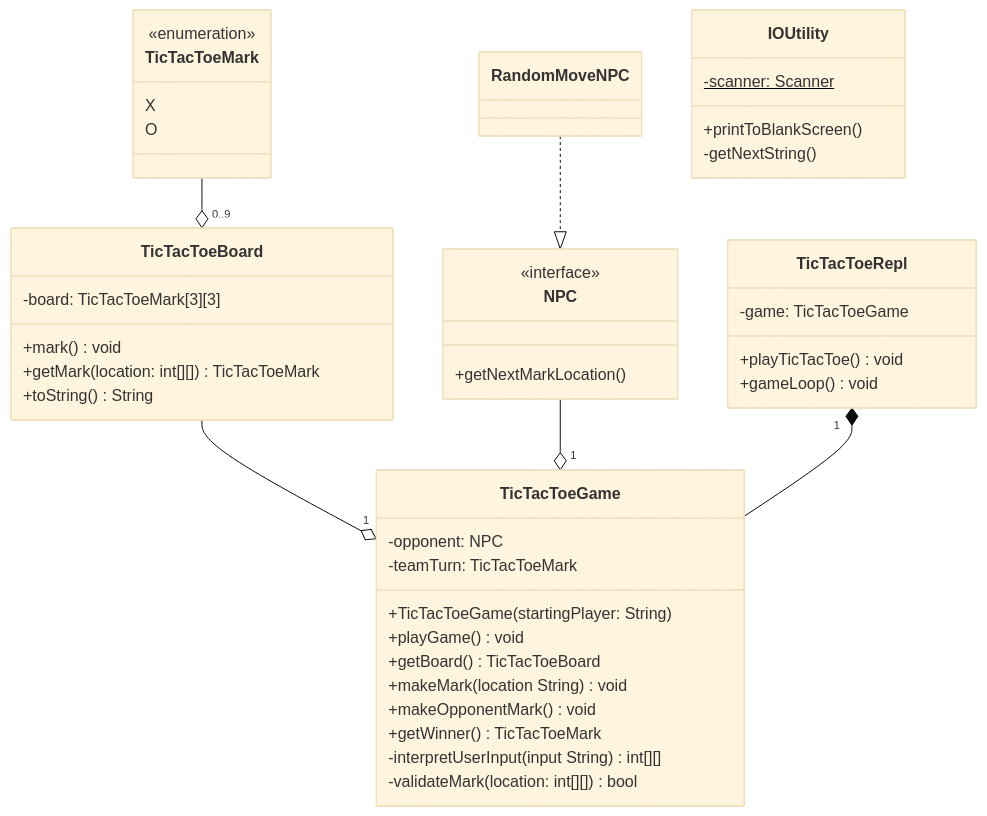
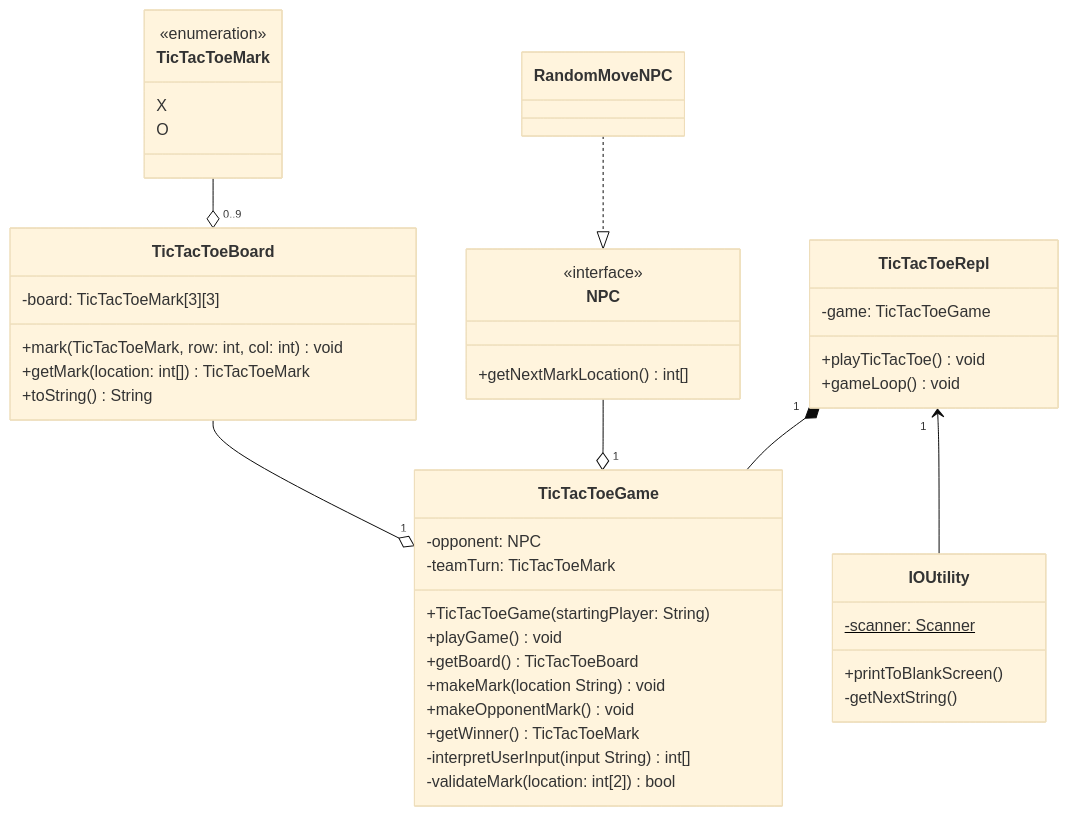
Before and after one commit to LlamaTheDark/tic-tac-toe: the first of 2 diagrams in README.md, drawn with Mermaid (base theme). The commit also changed other lines of this file and 12 other files, not shown here.

````diff
--- a/README.md
+++ b/README.md
@@ -59,59 +77,53 @@
 ```mermaid
 classDiagram
     class TicTacToeRepl {
         -game: TicTacToeGame
-            
         +playTicTacToe() void
         +gameLoop() void
     }
-        
+
     class TicTacToeGame {
         -opponent: NPC
         -teamTurn: TicTacToeMark
-        
         +TicTacToeGame(startingPlayer: String)
-            
         +playGame() void
         +getBoard() TicTacToeBoard
         +makeMark(location String) void
         +makeOpponentMark() void
         +getWinner() TicTacToeMark
-        
-        -interpretUserInput(input String) int[][]
-        -validateMark(location: int[][]) bool
+        -interpretUserInput(input String) int[]
+        -validateMark(location: int[2]) bool
     }
     class TicTacToeBoard {
         -board: TicTacToeMark[3][3]
-        
-        +mark() void
-        +getMark(location: int[][]) TicTacToeMark
-        
+        +mark(TicTacToeMark, row: int, col: int) void
+        +getMark(location: int[]) TicTacToeMark
         +toString() String
     }
-    
+
     class TicTacToeMark {
         X
         O
     }
-    <<enumeration>>TicTacToeMark
+    <<enumeration>> TicTacToeMark
 
     class NPC {
-        +getNextMarkLocation()
+        +getNextMarkLocation() int[]
     }
     <<interface>> NPC
-    class RandomMoveNPC{
+    class RandomMoveNPC {
     }
-    
+
     class IOUtility {
         -scanner: Scanner$
-            
         +printToBlankScreen()
         -getNextString()
     }
-    
+
     TicTacToeBoard --o "1" TicTacToeGame
     TicTacToeMark --o "0..9" TicTacToeBoard
     NPC --o "1" TicTacToeGame
     RandomMoveNPC ..|> NPC
     TicTacToeRepl "1" *-- TicTacToeGame
+    TicTacToeRepl "1" <-- IOUtility
 ```
````
